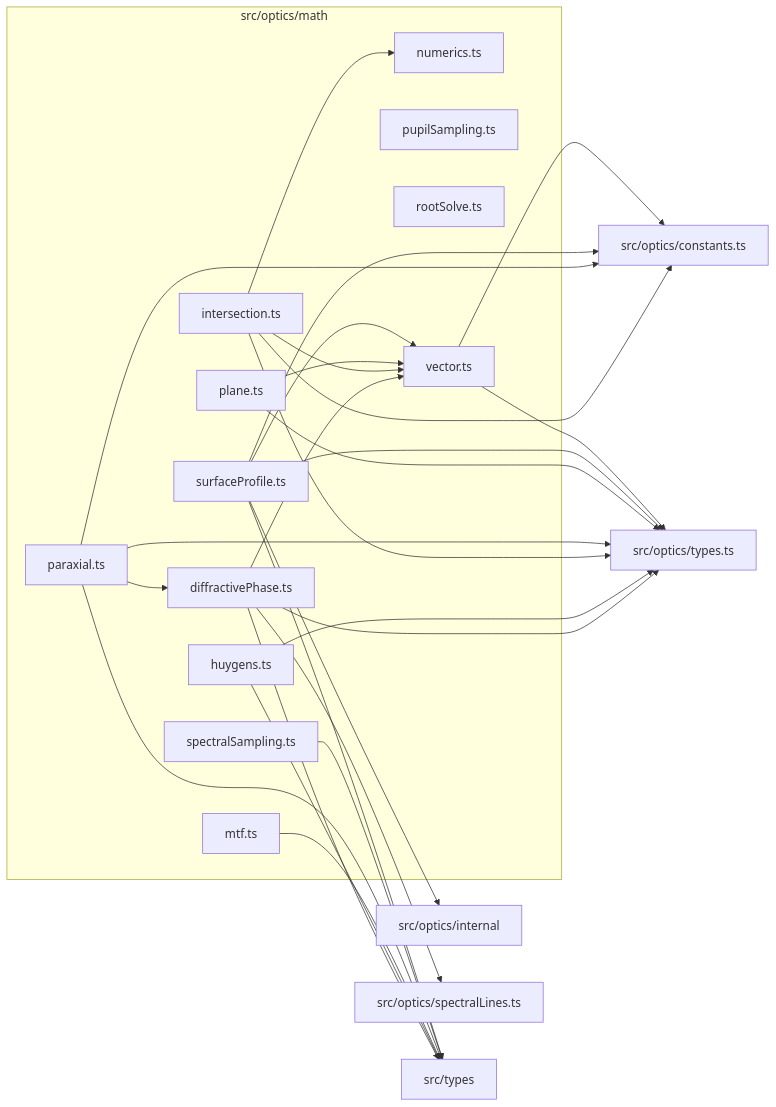
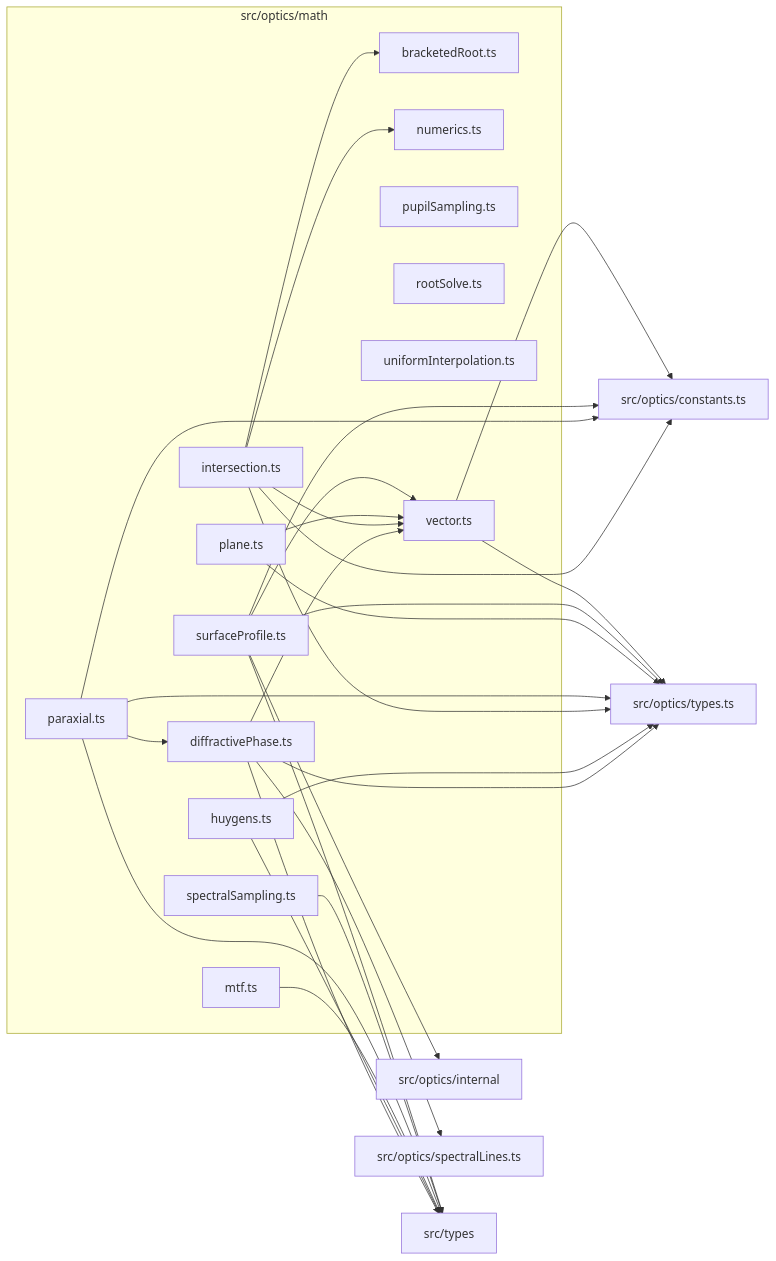
The diagram in src/optics/math/readme.md (ronbuening/LensVisualizer), drawn with Mermaid before and after one commit. The commit also changed other lines of this file and 18 other files, not shown here.

Commit message:
refactor(optics): share interpolation and bounded intersection kernels

````diff
--- a/src/optics/math/readme.md
+++ b/src/optics/math/readme.md
@@ -9,47 +9,50 @@
 ```mermaid
 flowchart LR
   subgraph n_src_optics_math["src/optics/math"]
+    n_src_optics_math_src_optics_math_bracketedRoot_ts["bracketedRoot.ts"]
     n_src_optics_math_src_optics_math_diffractivePhase_ts["diffractivePhase.ts"]
     n_src_optics_math_src_optics_math_huygens_ts["huygens.ts"]
     n_src_optics_math_src_optics_math_intersection_ts["intersection.ts"]
     n_src_optics_math_src_optics_math_mtf_ts["mtf.ts"]
     n_src_optics_math_src_optics_math_numerics_ts["numerics.ts"]
     n_src_optics_math_src_optics_math_paraxial_ts["paraxial.ts"]
     n_src_optics_math_src_optics_math_plane_ts["plane.ts"]
     n_src_optics_math_src_optics_math_pupilSampling_ts["pupilSampling.ts"]
     n_src_optics_math_src_optics_math_rootSolve_ts["rootSolve.ts"]
     n_src_optics_math_src_optics_math_spectralSampling_ts["spectralSampling.ts"]
     n_src_optics_math_src_optics_math_surfaceProfile_ts["surfaceProfile.ts"]
+    n_src_optics_math_src_optics_math_uniformInterpolation_ts["uniformInterpolation.ts"]
     n_src_optics_math_src_optics_math_vector_ts["vector.ts"]
   end
   n_external_src_optics_constants_ts["src/optics/constants.ts"]
   n_external_src_optics_internal["src/optics/internal"]
   n_external_src_optics_spectralLines_ts["src/optics/spectralLines.ts"]
   n_external_src_optics_types_ts["src/optics/types.ts"]
   n_external_src_types["src/types"]
   n_src_optics_math_src_optics_math_intersection_ts --> n_external_src_optics_constants_ts
   n_src_optics_math_src_optics_math_paraxial_ts --> n_external_src_optics_constants_ts
   n_src_optics_math_src_optics_math_surfaceProfile_ts --> n_external_src_optics_constants_ts
   n_src_optics_math_src_optics_math_vector_ts --> n_external_src_optics_constants_ts
   n_src_optics_math_src_optics_math_surfaceProfile_ts --> n_external_src_optics_internal
   n_src_optics_math_src_optics_math_diffractivePhase_ts --> n_external_src_optics_spectralLines_ts
   n_src_optics_math_src_optics_math_diffractivePhase_ts --> n_external_src_optics_types_ts
   n_src_optics_math_src_optics_math_huygens_ts --> n_external_src_optics_types_ts
   n_src_optics_math_src_optics_math_intersection_ts --> n_external_src_optics_types_ts
   n_src_optics_math_src_optics_math_paraxial_ts --> n_external_src_optics_types_ts
   n_src_optics_math_src_optics_math_plane_ts --> n_external_src_optics_types_ts
   n_src_optics_math_src_optics_math_surfaceProfile_ts --> n_external_src_optics_types_ts
   n_src_optics_math_src_optics_math_vector_ts --> n_external_src_optics_types_ts
   n_src_optics_math_src_optics_math_diffractivePhase_ts --> n_external_src_types
   n_src_optics_math_src_optics_math_huygens_ts --> n_external_src_types
   n_src_optics_math_src_optics_math_mtf_ts --> n_external_src_types
   n_src_optics_math_src_optics_math_paraxial_ts --> n_external_src_types
   n_src_optics_math_src_optics_math_spectralSampling_ts --> n_external_src_types
   n_src_optics_math_src_optics_math_surfaceProfile_ts --> n_external_src_types
+  n_src_optics_math_src_optics_math_intersection_ts --> n_src_optics_math_src_optics_math_bracketedRoot_ts
   n_src_optics_math_src_optics_math_paraxial_ts --> n_src_optics_math_src_optics_math_diffractivePhase_ts
   n_src_optics_math_src_optics_math_intersection_ts --> n_src_optics_math_src_optics_math_numerics_ts
   n_src_optics_math_src_optics_math_diffractivePhase_ts --> n_src_optics_math_src_optics_math_vector_ts
   n_src_optics_math_src_optics_math_intersection_ts --> n_src_optics_math_src_optics_math_vector_ts
   n_src_optics_math_src_optics_math_plane_ts --> n_src_optics_math_src_optics_math_vector_ts
   n_src_optics_math_src_optics_math_surfaceProfile_ts --> n_src_optics_math_src_optics_math_vector_ts
 ```
````
